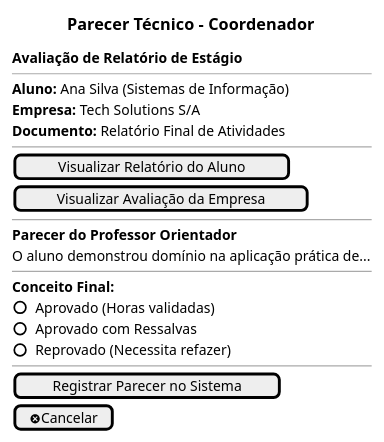
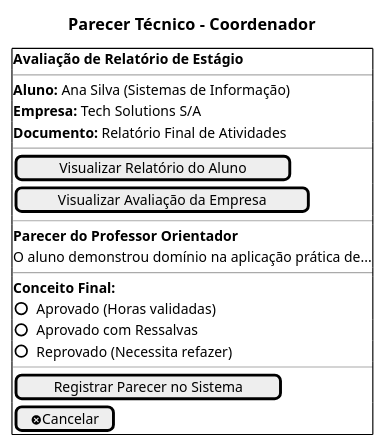
Before and after one commit to Projetos-de-Extensao/PBE_26.1_8001_I: the seventh of 7 diagrams in mkdocs/Iniciacao/prototipo_baixa_fidelidade.md, drawn with PlantUML. The commit also changed other lines of this file, not shown here.

````diff
--- a/mkdocs/Iniciacao/prototipo_baixa_fidelidade.md
+++ b/mkdocs/Iniciacao/prototipo_baixa_fidelidade.md
@@ -201,27 +203,29 @@
 ```plantuml
 @startsalt
 title Parecer Técnico - Coordenador
 
 {
+  {+
 **Avaliação de Relatório de Estágio**
 --
 **Aluno:** Ana Silva (Sistemas de Informação)
 **Empresa:** Tech Solutions S/A
 **Documento:** Relatório Final de Atividades
 --
 [Visualizar Relatório do Aluno]
 [Visualizar Avaliação da Empresa]
 --
 **Parecer do Professor Orientador**
 O aluno demonstrou domínio na aplicação prática de...
 --
 **Conceito Final:**
 () Aprovado (Horas validadas)
 () Aprovado com Ressalvas
 () Reprovado (Necessita refazer)
 --
 [Registrar Parecer no Sistema]
 [<&circle-x>Cancelar]
 }
+}
 @endsalt
 ```
````
